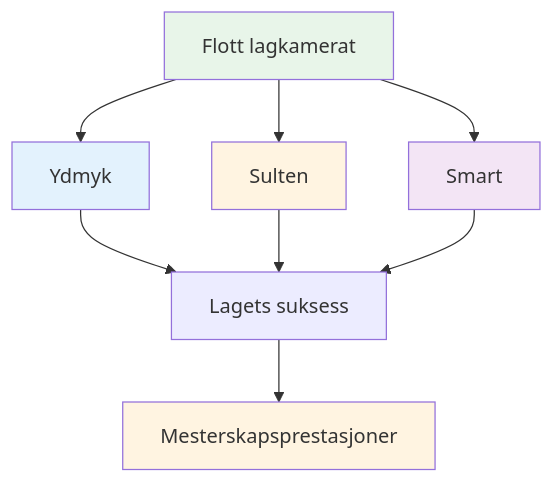
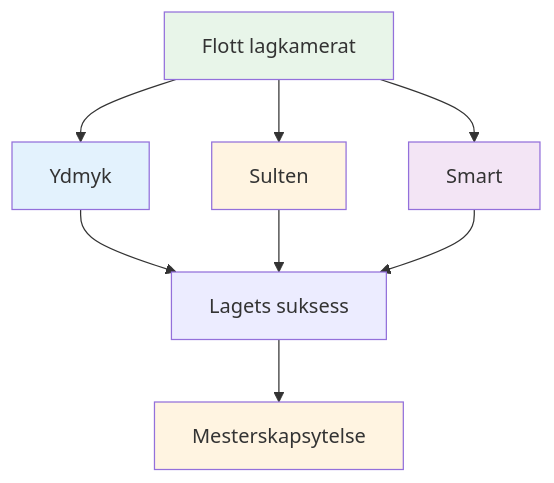
Before and after one commit to patwii/petanque-academy: the diagram in docs/no/education/team-player/index.md, drawn with Mermaid. The commit also changed other lines of this file and 532 other files, not shown here.

````diff
--- a/docs/no/education/team-player/index.md
+++ b/docs/no/education/team-player/index.md
@@ -11,18 +11,18 @@
 ```mermaid
 graph TD
     A[Flott lagkamerat] --> B[Ydmyk]
     A --> C[Sulten]
     A --> D[Smart]
 
     B --> E[Lagets suksess]
     C --> E
     D --> E
 
-    E --> F[Mesterskapsprestasjoner]
+    E --> F[Mesterskapsytelse]
 
     style A fill:#e8f5e9
     style B fill:#e3f2fd
     style C fill:#fff4e1
     style D fill:#f3e5f5
     style F fill:#fff4e1
 ```
````
